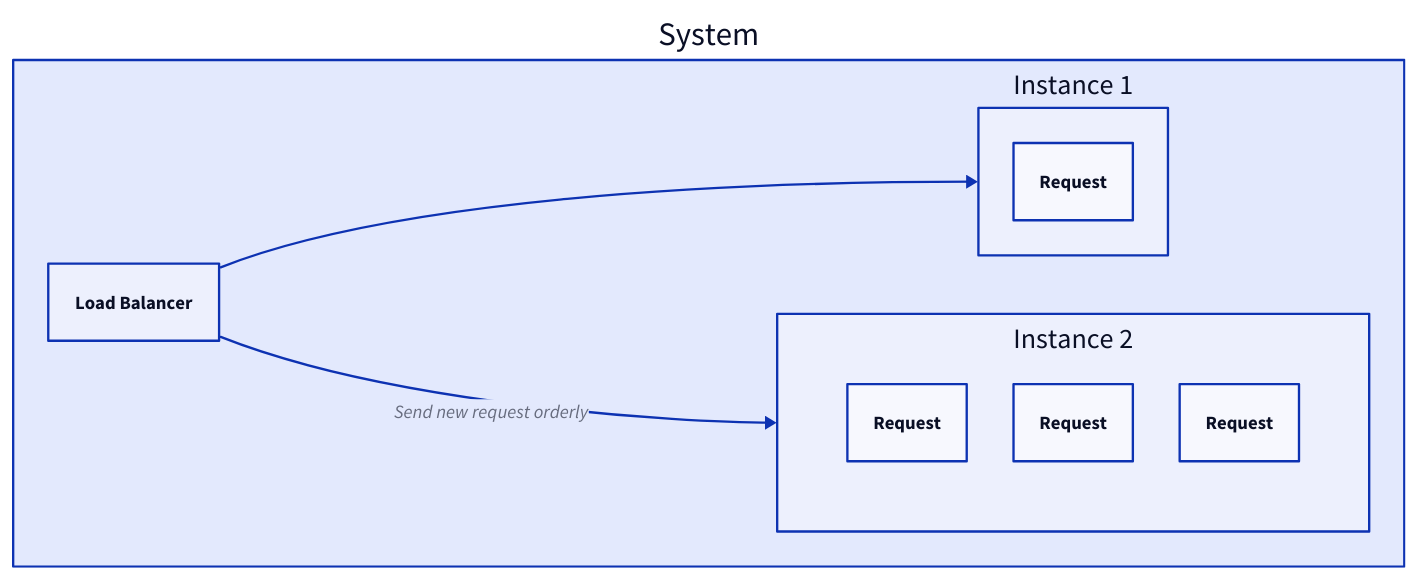
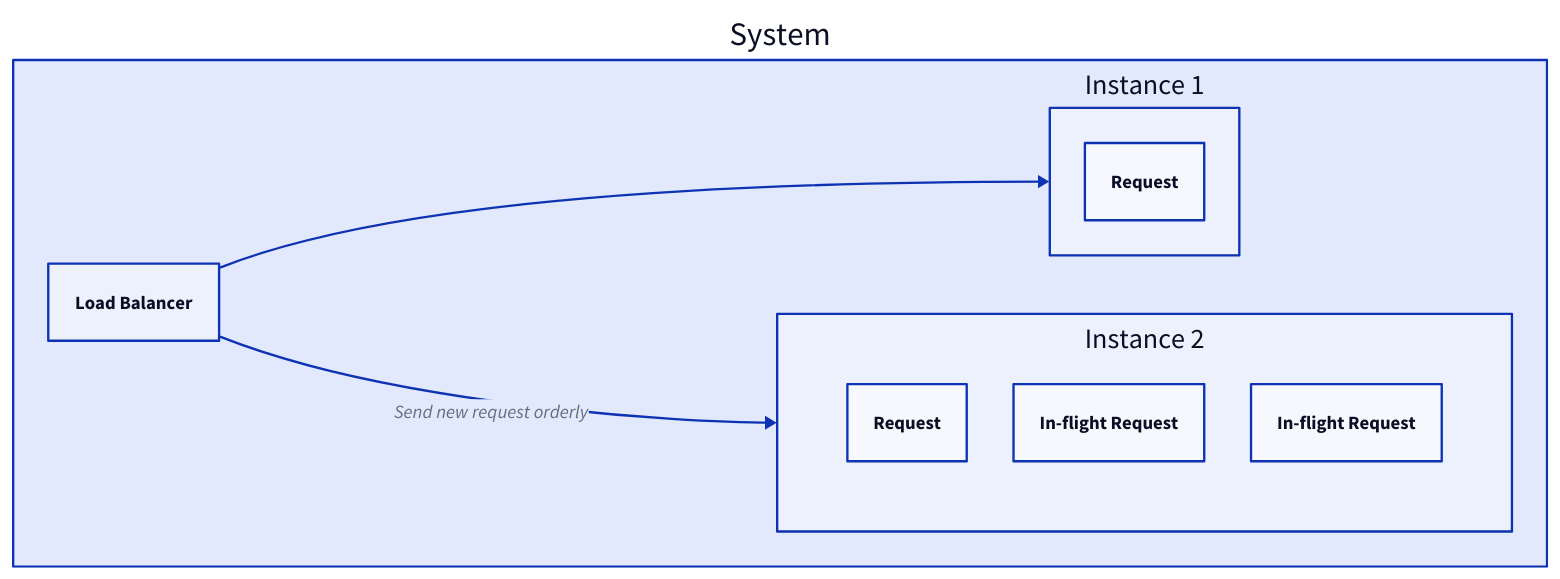
The seventh of 20 diagrams in content/docs/web-service/load-balancer.md (link1905/system-design-101), drawn with D2 before and after one commit. The commit also changed other lines of this file and 10 other files, not shown here.

````diff
--- a/content/docs/web-service/load-balancer.md
+++ b/content/docs/web-service/load-balancer.md
@@ -205,29 +217,29 @@
 ```d2
 direction: right
 s1: System {
   lb: Load Balancer {
     class: lb
   }
   s1: Instance 1 {
     r: "Request" {
       class: request
     }
   }
   s2: Instance 2 {
     grid-columns: 3
-    r1: "Request" {
+    r3: "Request" {
       class: request
     }
-    r2: "Request" {
+    r1: "In-flight Request" {
       class: request
     }
-    r3: "Request" {
+    r2: "In-flight Request" {
       class: request
     }
   }
   lb -> s1
   lb -> s2: Send new request orderly {
     class: bold-text
   }
 }
 ```
````
